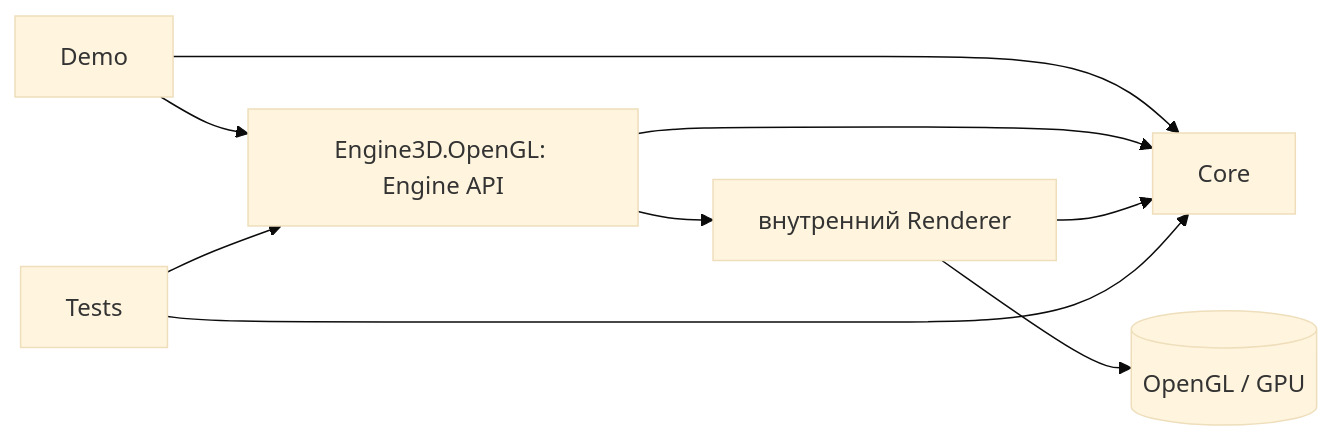
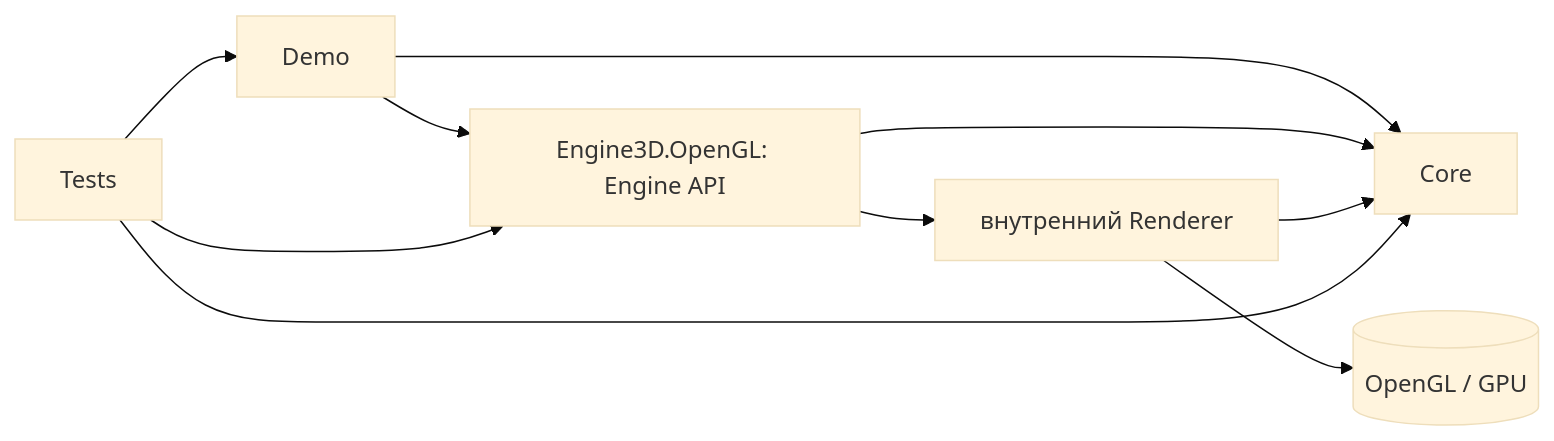
One commit to alken1t15/simple-3d-engine changed the first of 2 diagrams in docs/architecture.md. Above: the diagram before and after it, drawn with Mermaid (base theme). The commit also changed other lines of this file and 3 other files, not shown here.

````diff
--- a/docs/architecture.md
+++ b/docs/architecture.md
@@ -20,11 +20,12 @@
 ```mermaid
 flowchart LR
     Demo --> Core
     Demo --> API[Engine3D.OpenGL: Engine API]
     API --> Core
     API --> Renderer[внутренний Renderer]
     Renderer --> Core
     Renderer --> GPU[(OpenGL / GPU)]
     Tests --> Core
     Tests --> API
+    Tests --> Demo
 ```
````
